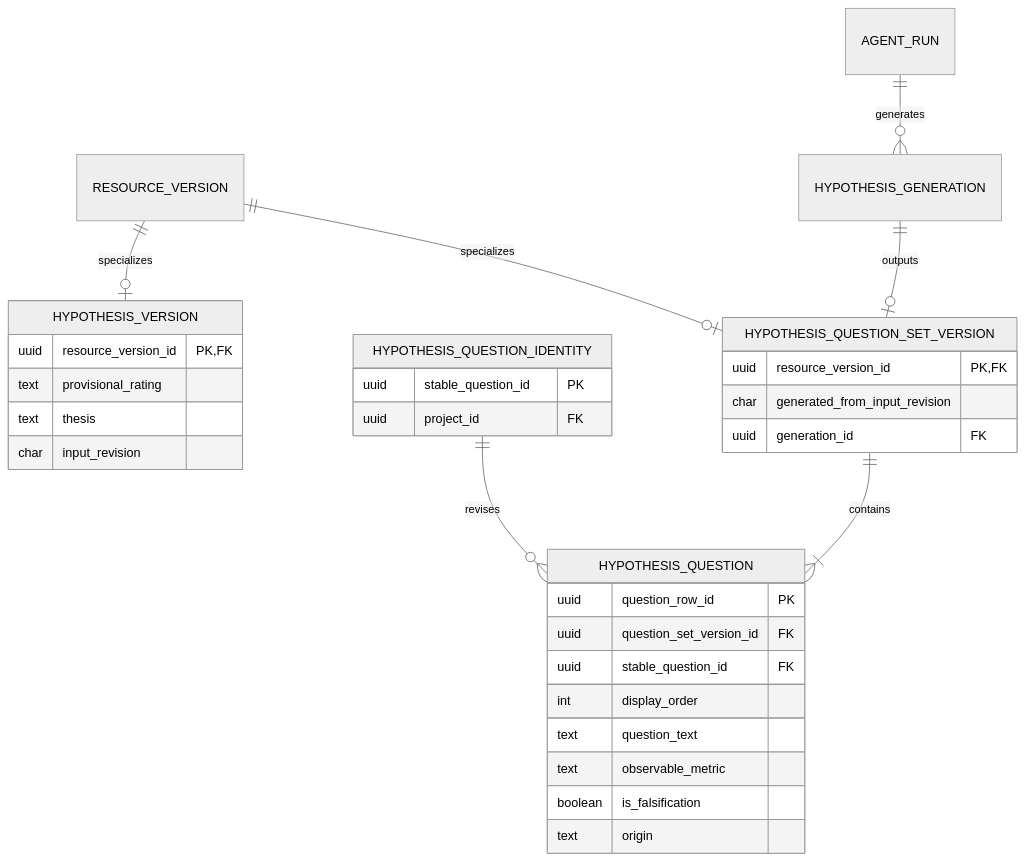
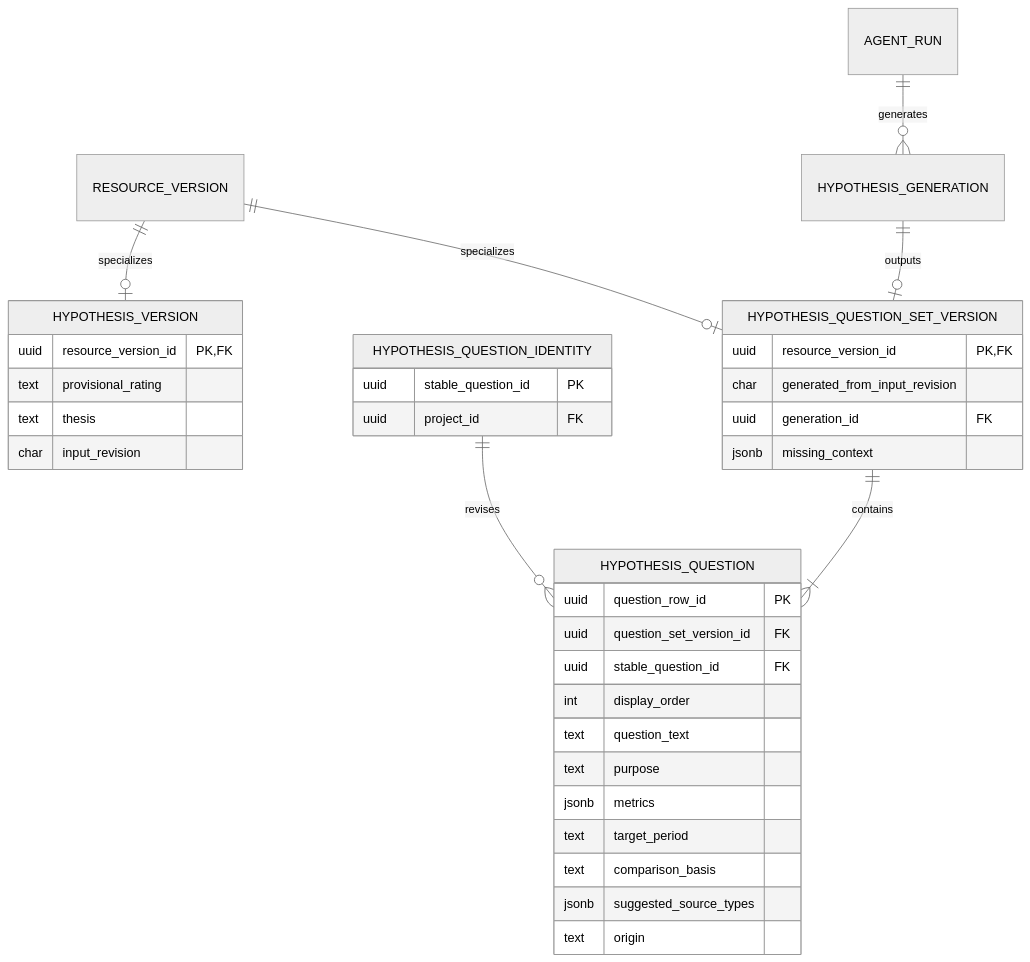
One commit to choidev777-bit/reflo_fin changed the fifth of 9 diagrams in docs/REFLO_ERD_v1.md. Above: the diagram before and after it, drawn with Mermaid (neutral theme). The commit also changed other lines of this file and 32 other files, not shown here.

````diff
--- a/docs/REFLO_ERD_v1.md
+++ b/docs/REFLO_ERD_v1.md
@@ -532,35 +532,39 @@
 ```mermaid
 erDiagram
     RESOURCE_VERSION ||--o| HYPOTHESIS_VERSION : specializes
     RESOURCE_VERSION ||--o| HYPOTHESIS_QUESTION_SET_VERSION : specializes
     HYPOTHESIS_QUESTION_IDENTITY ||--o{ HYPOTHESIS_QUESTION : revises
     HYPOTHESIS_QUESTION_SET_VERSION ||--|{ HYPOTHESIS_QUESTION : contains
     AGENT_RUN ||--o{ HYPOTHESIS_GENERATION : generates
     HYPOTHESIS_GENERATION ||--o| HYPOTHESIS_QUESTION_SET_VERSION : outputs
 
     HYPOTHESIS_VERSION {
         uuid resource_version_id PK, FK
         text provisional_rating
         text thesis
         char input_revision
     }
     HYPOTHESIS_QUESTION_SET_VERSION {
         uuid resource_version_id PK, FK
         char generated_from_input_revision
         uuid generation_id FK
+        jsonb missing_context
     }
     HYPOTHESIS_QUESTION_IDENTITY {
         uuid stable_question_id PK
         uuid project_id FK
     }
     HYPOTHESIS_QUESTION {
         uuid question_row_id PK
         uuid question_set_version_id FK
         uuid stable_question_id FK
         int display_order
         text question_text
-        text observable_metric
-        boolean is_falsification
+        text purpose
+        jsonb metrics
+        text target_period
+        text comparison_basis
+        jsonb suggested_source_types
         text origin
     }
 ```
````
